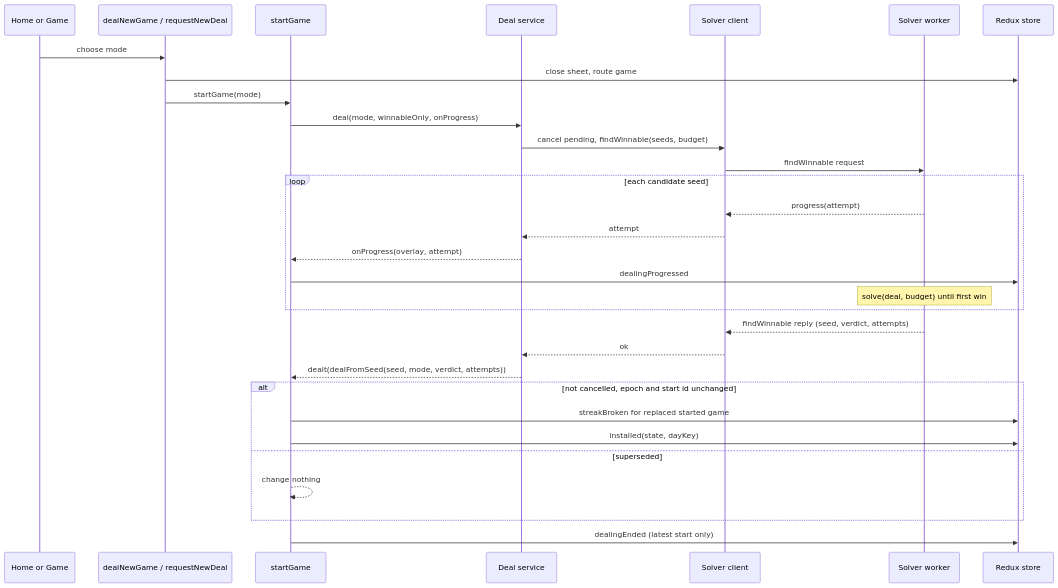
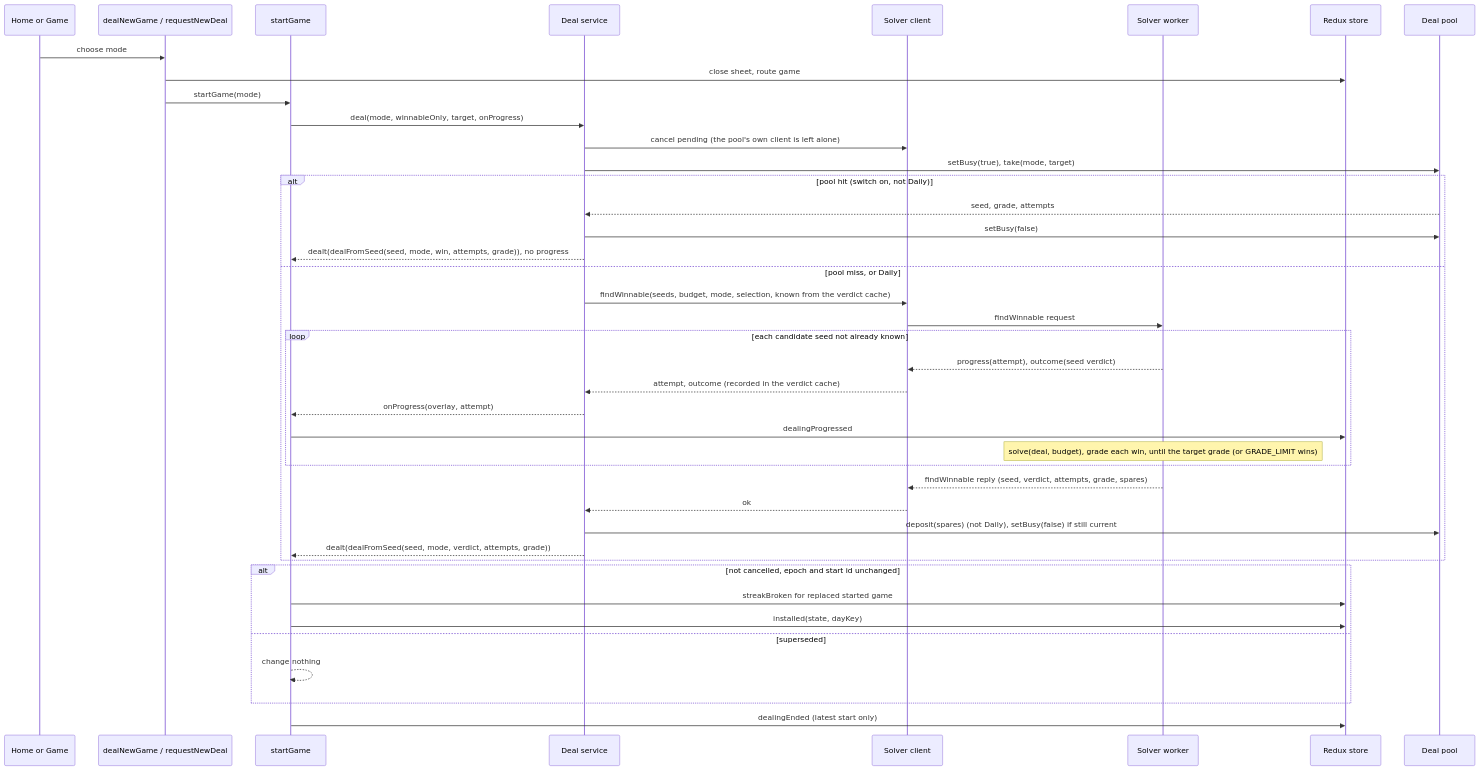
The second of 6 diagrams in docs/architecture/data-flows.md (sanyokkua/solitaire), drawn with Mermaid before and after one commit. The commit also changed other lines of this file and 422 other files, not shown here.

````diff
--- a/docs/architecture/data-flows.md
+++ b/docs/architecture/data-flows.md
@@ -63,34 +66,45 @@
 ```mermaid
 sequenceDiagram
     participant UI as Home or Game
     participant Nav as dealNewGame / requestNewDeal
     participant Start as startGame
     participant Svc as Deal service
     participant Client as Solver client
     participant W as Solver worker
     participant Store as Redux store
 
+    participant Pool as Deal pool
+
     UI->>Nav: choose mode
     Nav->>Store: close sheet, route game
     Nav->>Start: startGame(mode)
-    Start->>Svc: deal(mode, winnableOnly, onProgress)
-    Svc->>Client: cancel pending, findWinnable(seeds, budget)
-    Client->>W: findWinnable request
-    loop each candidate seed
-        W-->>Client: progress(attempt)
-        Client-->>Svc: attempt
-        Svc-->>Start: onProgress(overlay, attempt)
-        Start->>Store: dealingProgressed
-        Note over W: solve(deal, budget) until first win
+    Start->>Svc: deal(mode, winnableOnly, target, onProgress)
+    Svc->>Client: cancel pending (the pool's own client is left alone)
+    Svc->>Pool: setBusy(true), take(mode, target)
+    alt pool hit (switch on, not Daily)
+        Pool-->>Svc: seed, grade, attempts
+        Svc->>Pool: setBusy(false)
+        Svc-->>Start: dealt(dealFromSeed(seed, mode, win, attempts, grade)), no progress
+    else pool miss, or Daily
+        Svc->>Client: findWinnable(seeds, budget, mode, selection, known from the verdict cache)
+        Client->>W: findWinnable request
+        loop each candidate seed not already known
+            W-->>Client: progress(attempt), outcome(seed verdict)
+            Client-->>Svc: attempt, outcome (recorded in the verdict cache)
+            Svc-->>Start: onProgress(overlay, attempt)
+            Start->>Store: dealingProgressed
+            Note over W: solve(deal, budget), grade each win, until the target grade (or GRADE_LIMIT wins)
+        end
+        W-->>Client: findWinnable reply (seed, verdict, attempts, grade, spares)
+        Client-->>Svc: ok
+        Svc->>Pool: deposit(spares) (not Daily), setBusy(false) if still current
+        Svc-->>Start: dealt(dealFromSeed(seed, mode, verdict, attempts, grade))
     end
-    W-->>Client: findWinnable reply (seed, verdict, attempts)
-    Client-->>Svc: ok
-    Svc-->>Start: dealt(dealFromSeed(seed, mode, verdict, attempts))
     alt not cancelled, epoch and start id unchanged
         Start->>Store: streakBroken for replaced started game
         Start->>Store: installed(state, dayKey)
     else superseded
         Start-->>Start: change nothing
     end
     Start->>Store: dealingEnded (latest start only)
 ```
````
